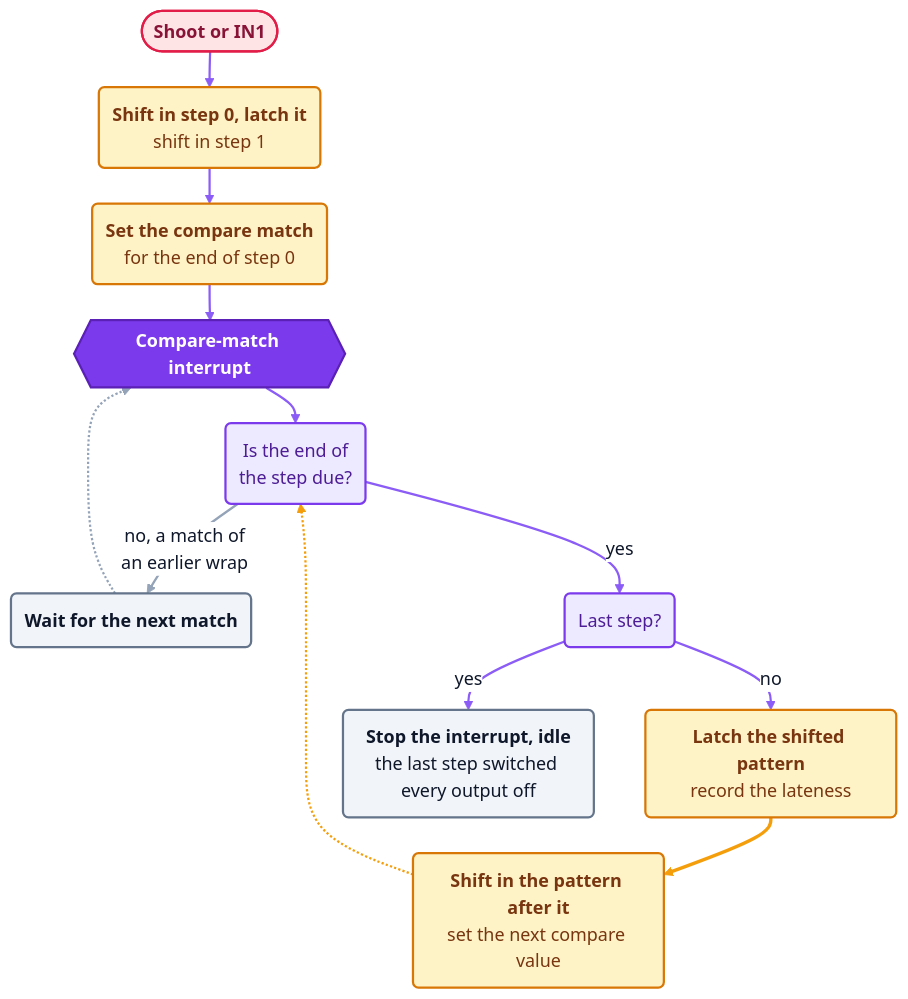
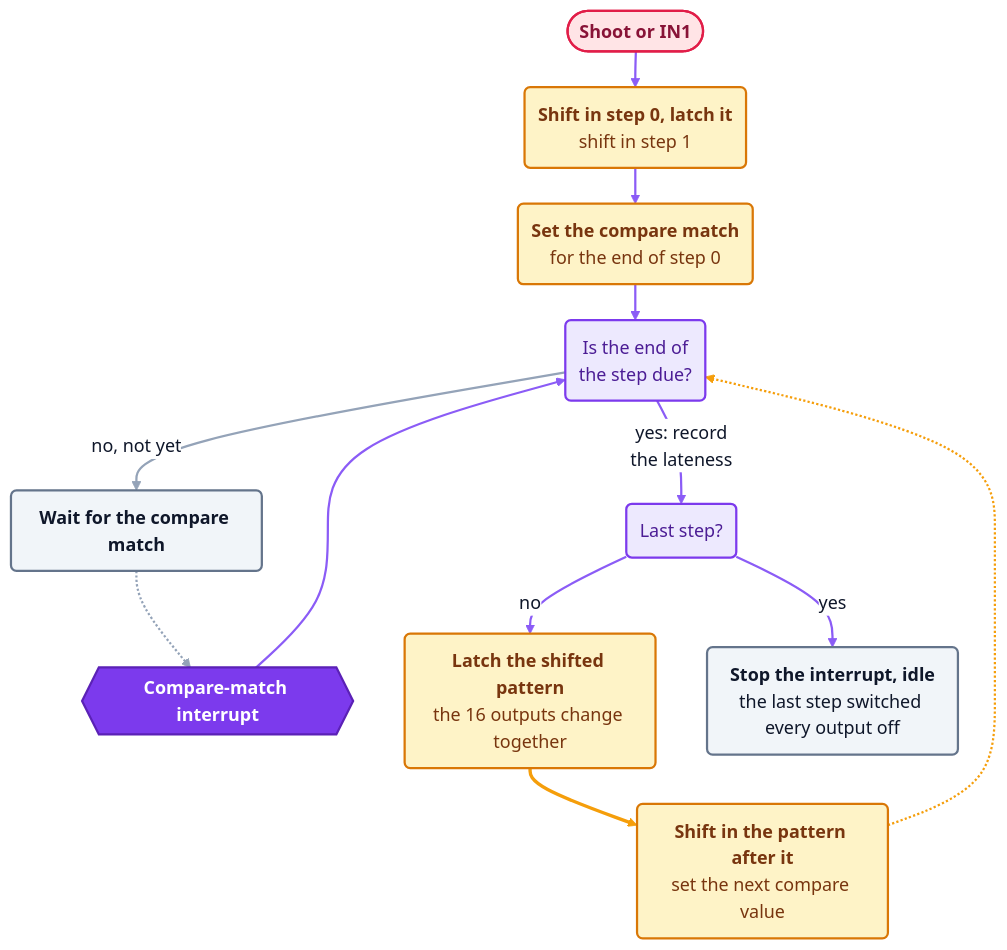
The diagram in docs/diagrams/timer-shot.mmd (kineticsystem/stepit-freezer), drawn with Mermaid before and after one commit. The commit also changed 7 other files, not shown here.

First line of the commit message:
Check the architecture document again and refresh the review

```diff
--- a/docs/diagrams/timer-shot.mmd
+++ b/docs/diagrams/timer-shot.mmd
@@ -1,89 +1,89 @@
 ---
 config:
   theme: base
   fontFamily: "Arial, Helvetica, sans-serif"
   flowchart:
     curve: basis
     padding: 12
     nodeSpacing: 46
     rankSpacing: 32
     subGraphTitleMargin:
       top: 4
       bottom: 10
   class:
     padding: 10
   themeVariables:
     lineColor: "#94a3b8"
     textColor: "#64748b"
     primaryColor: "#f1f5f9"
     primaryBorderColor: "#64748b"
     primaryTextColor: "#0f172a"
     secondaryColor: "#f1f5f9"
     secondaryBorderColor: "#64748b"
     secondaryTextColor: "#0f172a"
     tertiaryColor: "#f1f5f9"
     tertiaryBorderColor: "#64748b"
     tertiaryTextColor: "#0f172a"
     mainBkg: "#f1f5f9"
     nodeBorder: "#64748b"
     nodeTextColor: "#0f172a"
     classText: "#0f172a"
     clusterBkg: "transparent"
     clusterBorder: "#94a3b8"
     titleColor: "#64748b"
     edgeLabelBackground: "#ffffff"
   themeCSS: >
     svg, .label, .nodeLabel, .edgeLabel, foreignObject div { font-family: Arial, Helvetica, sans-serif; }
     .node rect, .node polygon, .node path {
       filter: drop-shadow(0 3px 6px rgba(15, 23, 42, 0.18));
     }
     .node rect { rx: 14px; ry: 14px; }
     .cluster rect { rx: 18px; ry: 18px; }
     .edgeLabel, .edgeLabel p, .edgeLabel span {
       background: #ffffff; color: #475569; border-radius: 999px;
     }
     .edgeLabel p { padding: 3px 10px; }
     .labelBkg { background: transparent !important; fill: none !important; }
 ---
 flowchart TB
     Shoot(["<b>Shoot or IN1</b>"])
     First("<b>Shift in step 0, latch it</b><br/>shift in step 1")
     Arm("<b>Set the compare match</b><br/>for the end of step 0")
     ISR{{"<b>Compare-match interrupt</b>"}}
     Due("Is the end of<br/>the step due?")
-    Wait("<b>Wait for the next match</b>")
+    Wait("<b>Wait for the compare match</b>")
     Last("Last step?")
-    Latch("<b>Latch the shifted pattern</b><br/>record the lateness")
+    Latch("<b>Latch the shifted pattern</b><br/>the 16 outputs change together")
     Next("<b>Shift in the pattern after it</b><br/>set the next compare value")
     Done("<b>Stop the interrupt, idle</b><br/>the last step switched every output off")
 
     Shoot --> First
     First --> Arm
-    Arm --> ISR
+    Arm --> Due
     ISR --> Due
-    Due -- "no, a match of<br/>an earlier wrap" --> Wait
+    Due -- "no, not yet" --> Wait
     Wait -.-> ISR
-    Due -- "yes" --> Last
+    Due -- "yes: record<br/>the lateness" --> Last
     Last -- "no" --> Latch
     Latch ==> Next
     Next -.-> Due
     Last -- "yes" --> Done
 
     classDef human fill:#ffe4e6,stroke:#e11d48,stroke-width:2px,color:#881337
     classDef voice fill:#ccfbf1,stroke:#0d9488,stroke-width:2px,color:#134e4a
     classDef mind  fill:#ede9fe,stroke:#7c3aed,stroke-width:2px,color:#4c1d95
     classDef brain fill:#7c3aed,stroke:#5b21b6,stroke-width:2px,color:#ffffff
     classDef robot fill:#fef3c7,stroke:#d97706,stroke-width:2px,color:#78350f
     classDef data  fill:#dbeafe,stroke:#2563eb,stroke-width:2px,color:#1e3a8a
     classDef ext   fill:#f1f5f9,stroke:#64748b,stroke-width:2px,color:#0f172a
 
     class Shoot human
     class First,Arm,Latch,Next robot
     class ISR brain
     class Due,Last mind
     class Wait,Done ext
 
     linkStyle 0,1,2,3,6,7,10 stroke:#8b5cf6,stroke-width:2px
     linkStyle 4,5 stroke:#94a3b8,stroke-width:2px
     linkStyle 8 stroke:#f59e0b,stroke-width:3px
     linkStyle 9 stroke:#f59e0b,stroke-width:2px
```
